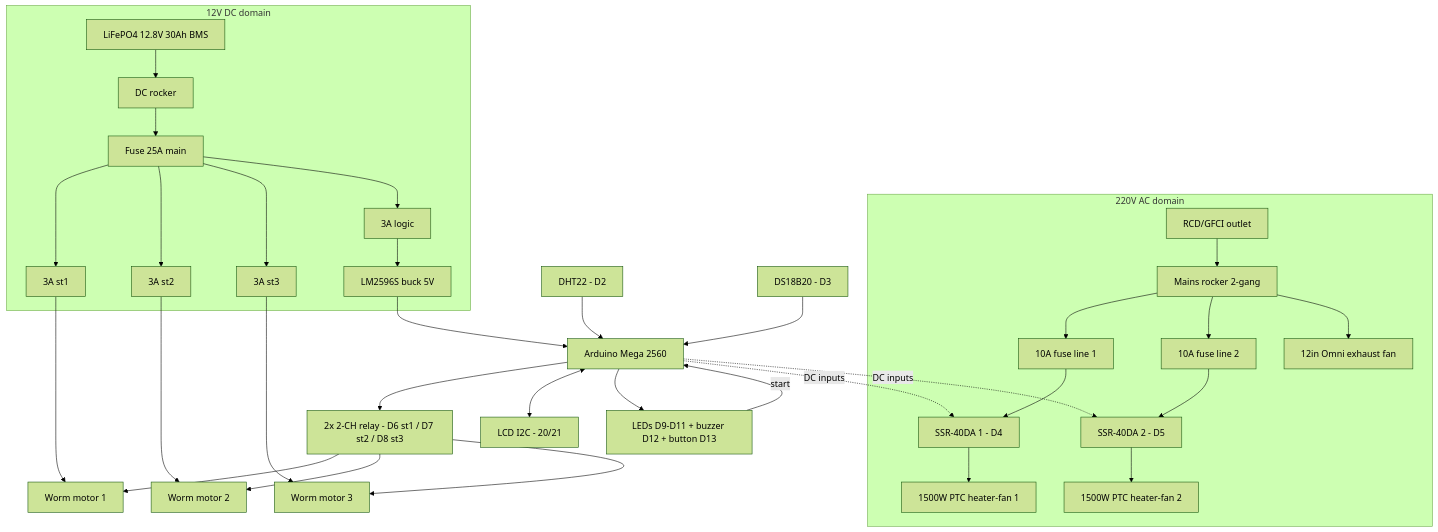
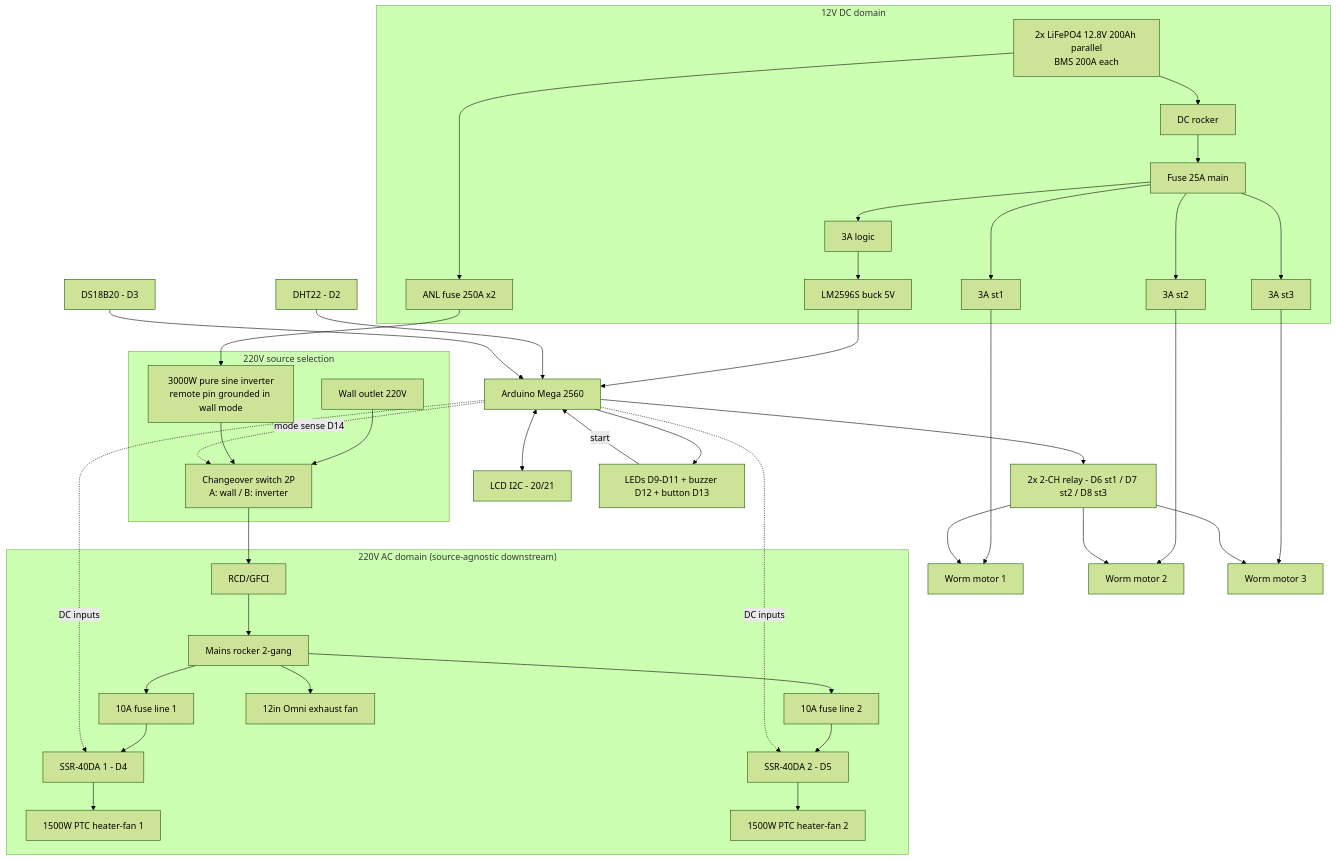
Before and after one commit to qppd/umbrella-dryer-v2: the diagram in docs/BOM.md, drawn with Mermaid (forest theme). The commit also changed other lines of this file and 13 other files, not shown here.

First line of the commit message:
Rev 6: dual-source power — wall outlet OR 3000W pure sine inverter via changeover switch

````diff
--- a/docs/BOM.md
+++ b/docs/BOM.md
@@ -168,53 +198,65 @@
 ```mermaid
 flowchart TB
-    subgraph AC["220V AC domain"]
-        OUT["RCD/GFCI outlet"]
+    subgraph SRC["220V source selection"]
+        OUT["Wall outlet 220V"]
+        INV["3000W pure sine inverter<br/>remote pin grounded in wall mode"]
+        CHO["Changeover switch 2P<br/>A: wall / B: inverter"]
+    end
+    subgraph AC["220V AC domain (source-agnostic downstream)"]
+        RCD["RCD/GFCI"]
         MSW["Mains rocker 2-gang"]
         MF1["10A fuse line 1"]
         MF2["10A fuse line 2"]
         SSR1["SSR-40DA 1 - D4"]
         SSR2["SSR-40DA 2 - D5"]
         H1["1500W PTC heater-fan 1"]
         H2["1500W PTC heater-fan 2"]
         EFAN["12in Omni exhaust fan"]
     end
     subgraph DC["12V DC domain"]
-        BAT["LiFePO4 12.8V 30Ah BMS"]
+        BAT["2x LiFePO4 12.8V 200Ah parallel<br/>BMS 200A each"]
+        IFUSE["ANL fuse 250A x2"]
         DSW["DC rocker"]
         F1["Fuse 25A main"]
         FA["3A st1"] 
         FB["3A st2"]
         FC["3A st3"]
         FL["3A logic"]
         BUCK["LM2596S buck 5V"]
     end
     RM["2x 2-CH relay - D6 st1 / D7 st2 / D8 st3"]
     M1["Worm motor 1"]
     M2["Worm motor 2"]
     M3["Worm motor 3"]
     MEGA["Arduino Mega 2560"]
     DHT["DHT22 - D2"]
     DS["DS18B20 - D3"]
     LCD["LCD I2C - 20/21"]
     HMI["LEDs D9-D11 + buzzer D12 + button D13"]
 
-    OUT --> MSW --> MF1 --> SSR1 --> H1
+    OUT --> CHO
+    INV --> CHO
+    CHO --> RCD
+    RCD --> MSW
+    MSW --> MF1 --> SSR1 --> H1
     MSW --> MF2 --> SSR2 --> H2
     MSW --> EFAN
+    BAT --> IFUSE --> INV
+    MEGA -. "mode sense D14" .-> CHO
     MEGA -. "DC inputs" .-> SSR1
     MEGA -. "DC inputs" .-> SSR2
     BAT --> DSW --> F1
     F1 --> FA --> M1
     F1 --> FB --> M2
     F1 --> FC --> M3
     F1 --> FL --> BUCK --> MEGA
     MEGA --> RM
     RM --> M1
     RM --> M2
     RM --> M3
     DHT --> MEGA
     DS --> MEGA
     MEGA <--> LCD
     MEGA --> HMI
     HMI -- "start" --> MEGA
 ```
````
